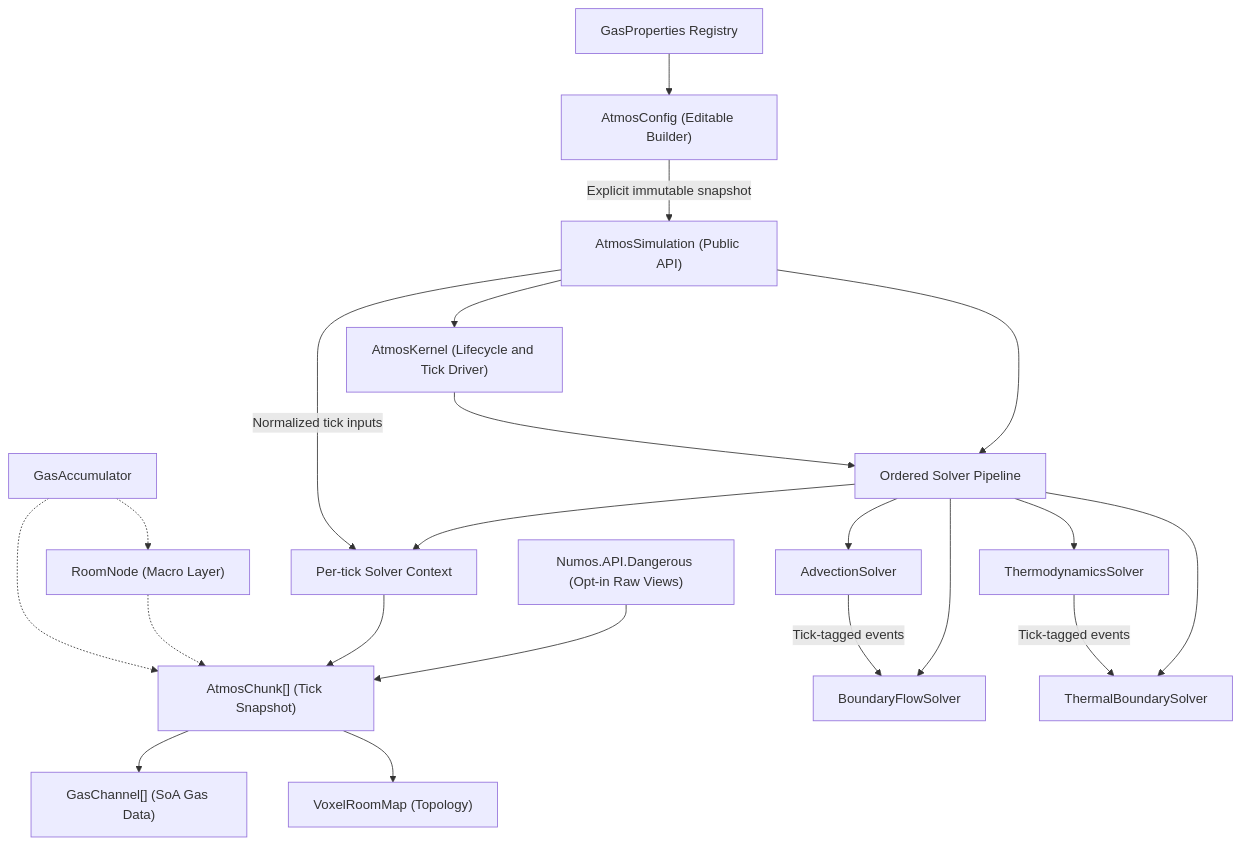
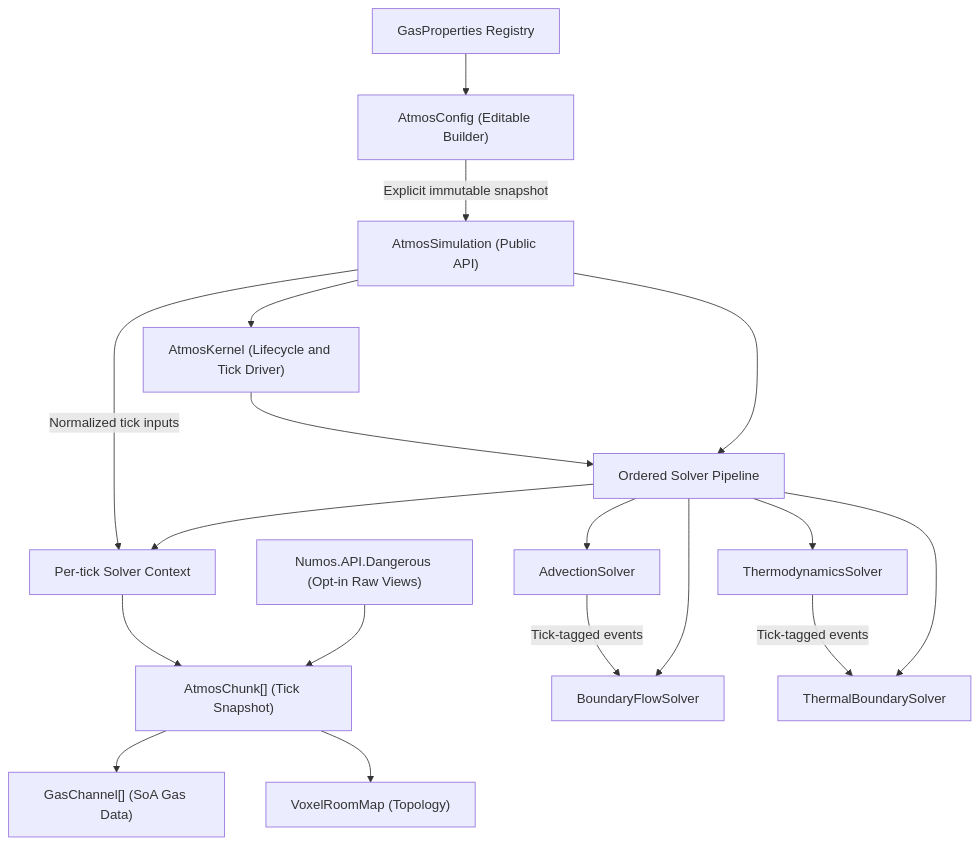
Before and after one commit to ArtisticRoomba/Numos: the diagram in docs/atmospherics_technical_documentation.md, drawn with Mermaid. The commit also changed other lines of this file and 34 other files, not shown here.

````diff
--- a/docs/atmospherics_technical_documentation.md
+++ b/docs/atmospherics_technical_documentation.md
@@ -70,23 +62,20 @@
 ```mermaid
 graph TD
     API["AtmosSimulation (Public API)"] --> KERNEL["AtmosKernel (Lifecycle and Tick Driver)"]
     API --> PIPE["Ordered Solver Pipeline"]
     DANGER["Numos.API.Dangerous (Opt-in Raw Views)"] --> B
     KERNEL --> PIPE
     PIPE --> CTX["Per-tick Solver Context"]
     PIPE --> A["AdvectionSolver"]
     PIPE --> BOUNDARY["BoundaryFlowSolver"]
     PIPE --> THERMO["ThermodynamicsSolver"]
     PIPE --> THERMAL["ThermalBoundarySolver"]
     CTX --> B["AtmosChunk[] (Tick Snapshot)"]
     A -->|"Tick-tagged events"| BOUNDARY
     THERMO -->|"Tick-tagged events"| THERMAL
     B --> C["GasChannel[] (SoA Gas Data)"]
     B --> D["VoxelRoomMap (Topology)"]
     G["AtmosConfig (Editable Builder)"] -->|"Explicit immutable snapshot"| API
     API -->|"Normalized tick inputs"| CTX
     H["GasProperties Registry"] --> G
-    I["RoomNode (Macro Layer)"] -.-> B
-    J["GasAccumulator"] -.-> I
-    J -.-> B
 ```
````
